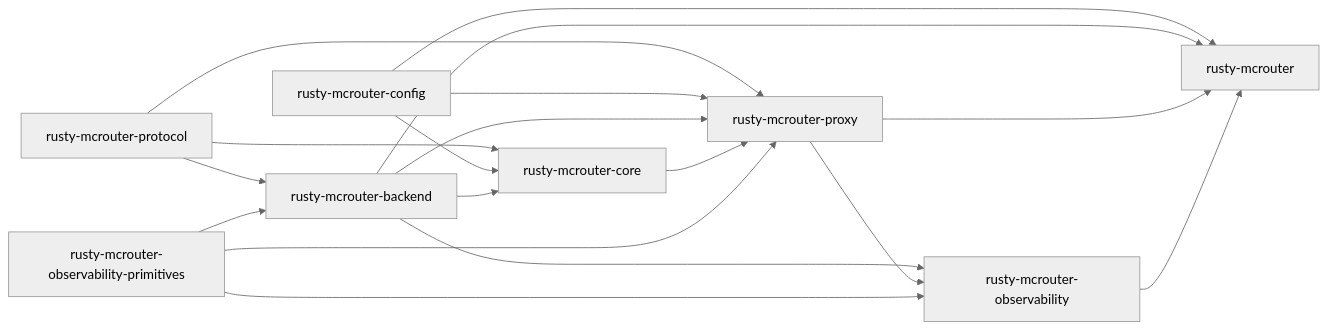
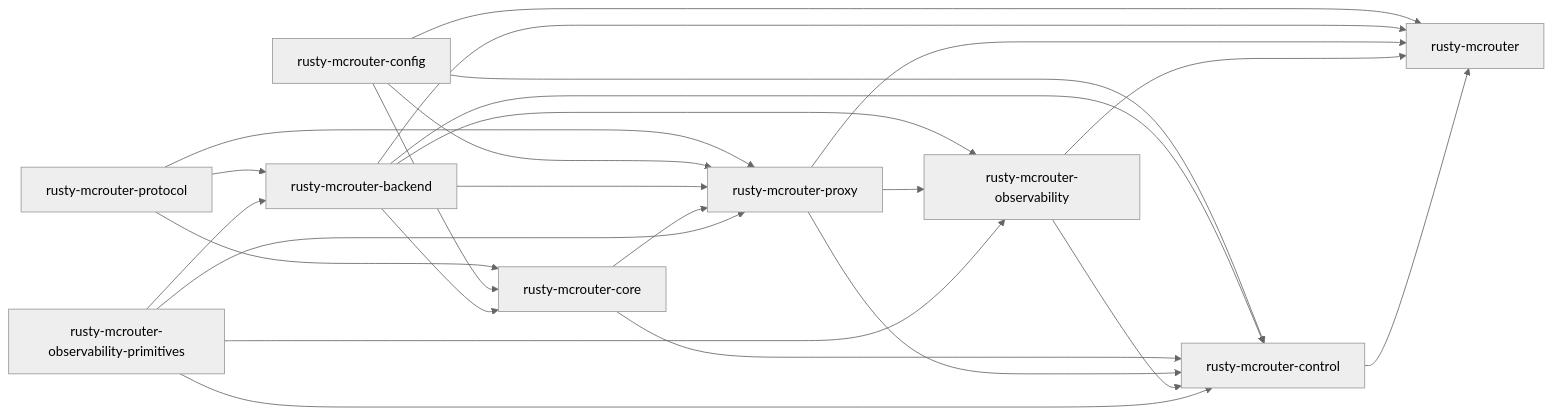
One commit to raydatray/rusty-mcrouter changed the first of 3 diagrams in docs/architecture/README.md. Above: the diagram before and after it, drawn with Mermaid (neutral theme). The commit also changed other lines of this file and 10 other files, not shown here.

````diff
--- a/docs/architecture/README.md
+++ b/docs/architecture/README.md
@@ -22,29 +23,37 @@
 ```mermaid
 flowchart LR
     P[rusty-mcrouter-protocol]
     K[rusty-mcrouter-config]
     Q[rusty-mcrouter-observability-primitives]
     B[rusty-mcrouter-backend]
     C[rusty-mcrouter-core]
     X[rusty-mcrouter-proxy]
     O[rusty-mcrouter-observability]
+    T[rusty-mcrouter-control]
     R[rusty-mcrouter]
 
     P --> B
     P --> C
     P --> X
     K --> C
     K --> X
     B --> C
     B --> X
     C --> X
     B --> O
     X --> O
     K --> R
     B --> R
     X --> R
     O --> R
+    K --> T
+    B --> T
+    C --> T
+    X --> T
+    O --> T
+    Q --> T
+    T --> R
     Q --> B
     Q --> X
     Q --> O
 ```
````
